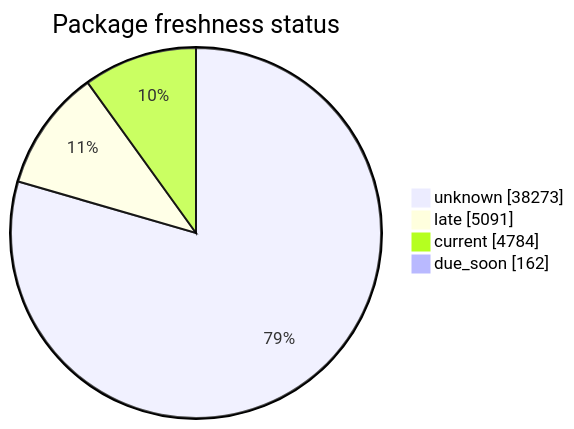
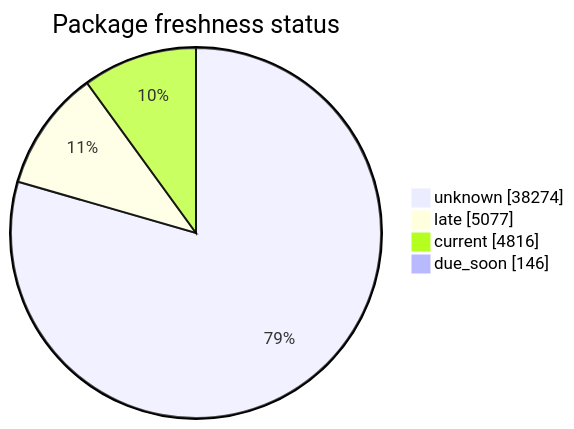
One commit to open-data/analytics-corporate-reporting changed the second of 5 diagrams in FreshCheck/README.md. Above: the diagram before and after it, drawn with Mermaid. The commit also changed other lines of this file and 3 other files, not shown here.

````diff
--- a/FreshCheck/README.md
+++ b/FreshCheck/README.md
@@ -68,7 +68,7 @@
 ```mermaid
 pie showData title Package freshness status
-    "unknown": 38273
-    "late": 5091
-    "current": 4784
-    "due_soon": 162
+    "unknown": 38274
+    "late": 5077
+    "current": 4816
+    "due_soon": 146
 ```
````
